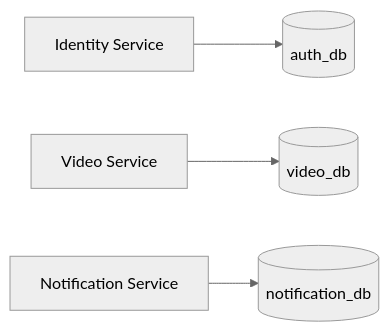
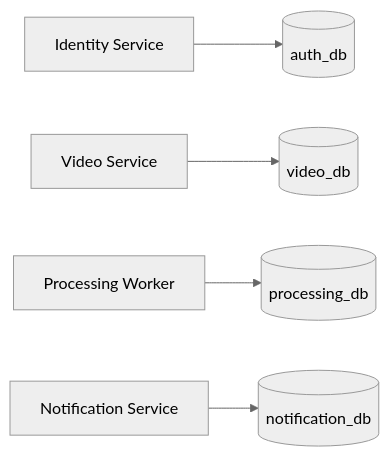
The first of 5 diagrams in docs/diagrams/database-model.md (jreigeVic/fiapx-video-processing), drawn with Mermaid (neutral theme) before and after one commit. The commit also changed other lines of this file and 26 other files, not shown here.

````diff
--- a/docs/diagrams/database-model.md
+++ b/docs/diagrams/database-model.md
@@ -9,10 +9,12 @@
 ```mermaid
 flowchart LR
   Auth[(auth_db)]
   Video[(video_db)]
+  Processing[(processing_db)]
   Notification[(notification_db)]
 
   Identity["Identity Service"] --> Auth
   VideoService["Video Service"] --> Video
+  ProcessingWorker["Processing Worker"] --> Processing
   NotificationService["Notification Service"] --> Notification
 ```
````
